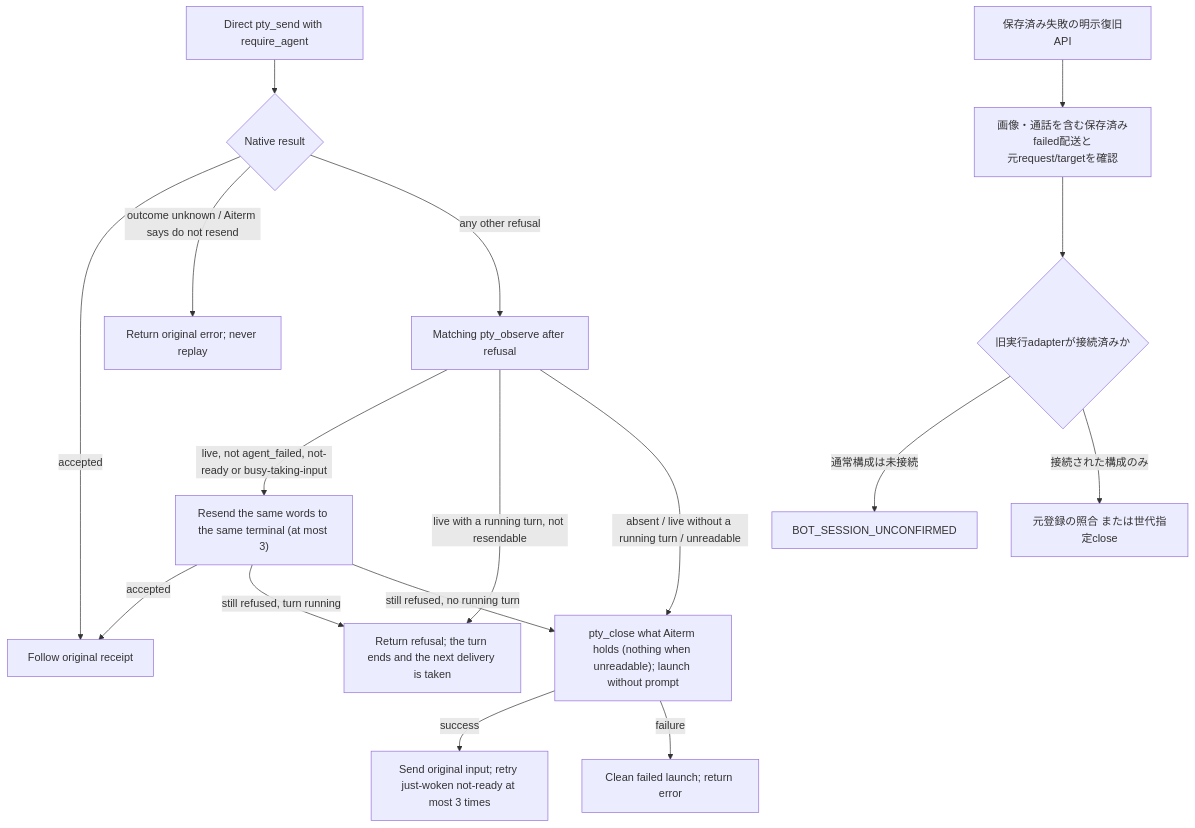
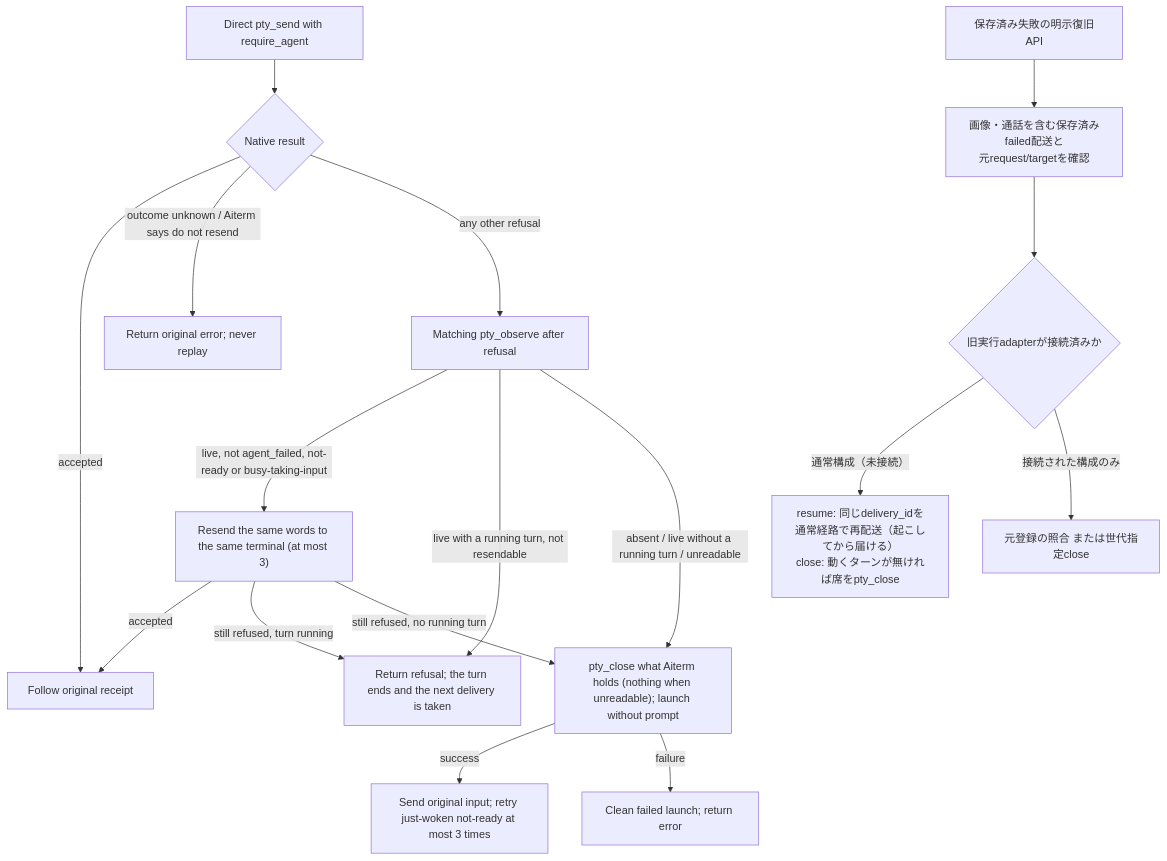
One commit to kitepon/BellTeam changed the second of 2 diagrams in docs/architecture/delivery-details.md. Above: the diagram before and after it, drawn with Mermaid. The commit also changed other lines of this file and 2 other files, not shown here.

Commit message:
Normal-configuration delivery recovery: resume redelivers, close closes
On main (executionBridge null) BotSessionState.reconcileLaunch/closeLaunch
always threw BOT_RECOVERY_TARGET_INVALID, so a failed record could never be
resumed or its launch closed. Now, without a bridge: reconcileLaunch checks
the seat and returns null, so the saved delivery is redelivered on the ordinary
path with the same delivery_id (wake-first); closeLaunch closes the seat
when no turn is running. The existing child seam is unchanged.

````diff
--- a/docs/architecture/delivery-details.md
+++ b/docs/architecture/delivery-details.md
@@ -49,19 +49,19 @@
 ```mermaid
 flowchart TD
   Send["Direct pty_send with require_agent"] --> Reply{"Native result"}
   Reply -->|accepted| Accepted["Follow original receipt"]
   Reply -->|"outcome unknown / Aiterm says do not resend"| Fail["Return original error; never replay"]
   Reply -->|"any other refusal"| Observe["Matching pty_observe after refusal"]
   Observe -->|"live, not agent_failed, not-ready or busy-taking-input"| Again["Resend the same words to the same terminal (at most 3)"]
   Again -->|accepted| Accepted
   Again -->|"still refused, turn running"| Keep["Return refusal; the turn ends and the next delivery is taken"]
   Again -->|"still refused, no running turn"| Launch
   Observe -->|"live with a running turn, not resendable"| Keep
   Observe -->|"absent / live without a running turn / unreadable"| Launch["pty_close what Aiterm holds (nothing when unreadable); launch without prompt"]
   Launch -->|success| Once["Send original input; retry just-woken not-ready at most 3 times"]
   Launch -->|failure| Cleanup["Clean failed launch; return error"]
   Explicit["保存済み失敗の明示復旧API"] --> Eligible["画像・通話を含む保存済みfailed配送と<br/>元request/targetを確認"]
   Eligible --> Adapter{"旧実行adapterが接続済みか"}
-  Adapter -->|"通常構成は未接続"| Refuse["BOT_SESSION_UNCONFIRMED"]
+  Adapter -->|"通常構成（未接続）"| Ordinary["resume: 同じdelivery_idを通常経路で再配送（起こしてから届ける）<br/>close: 動くターンが無ければ席をpty_close"]
   Adapter -->|"接続された構成のみ"| Reconcile["元登録の照合 または世代指定close"]
 ```
````
